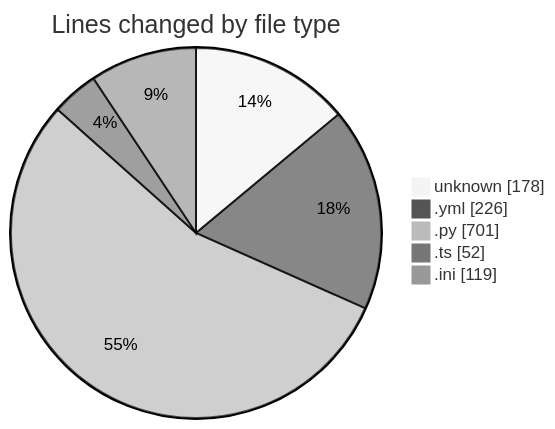
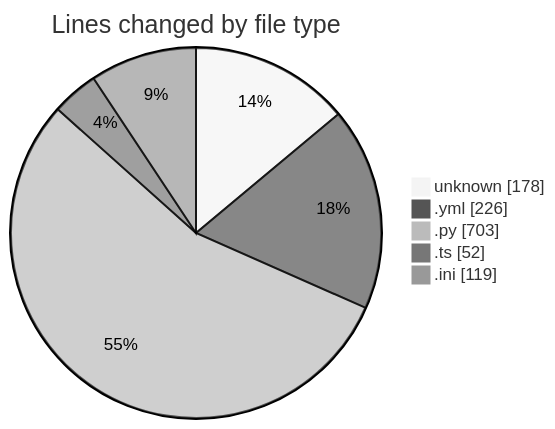
One commit to Elitesun/code-tracking changed the first of 2 diagrams in 2025-05-13/niten/README.md. Above: the diagram before and after it, drawn with Mermaid (neutral theme). The commit also changed other lines of this file and 1 other file, not shown here.

````diff
--- a/2025-05-13/niten/README.md
+++ b/2025-05-13/niten/README.md
@@ -31,9 +31,9 @@
 ```mermaid
 pie showData
 title Lines changed by file type
 "unknown" : 178
 ".yml" : 226
-".py" : 701
+".py" : 703
 ".ts" : 52
 ".ini" : 119
 ```
````
